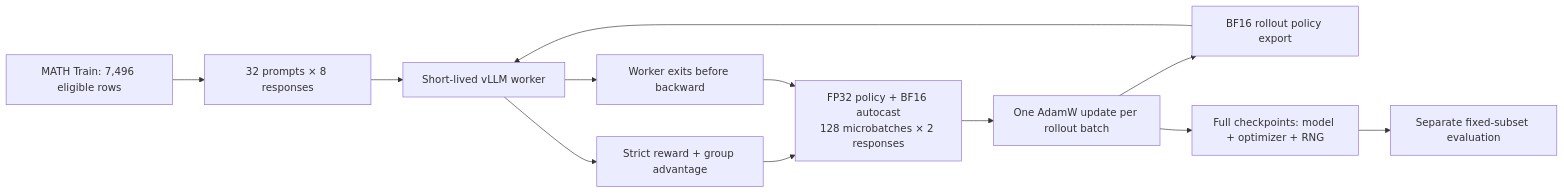
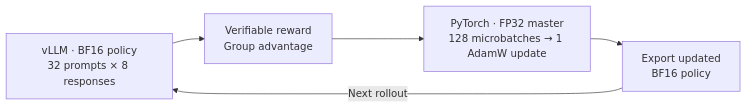
One commit to yicheng123123/Single-GPU-GRPO-Style-Post-Training-for-Mathematical-Reasoning changed the diagram in README.md. Above: the diagram before and after it, drawn with Mermaid. The commit also changed other lines of this file and 1 other file, not shown here.

````diff
--- a/README.md
+++ b/README.md
@@ -46,14 +57,7 @@
 ```mermaid
 flowchart LR
-    D["MATH Train: 7,496 eligible rows"] --> P["32 prompts × 8 responses"]
-    W["BF16 rollout policy export"] --> V["Short-lived vLLM worker"]
-    P --> V
-    V --> R["Strict reward + group advantage"]
-    V --> X["Worker exits before backward"]
-    R --> T["FP32 policy + BF16 autocast<br/>128 microbatches × 2 responses"]
-    X --> T
-    T --> U["One AdamW update per rollout batch"]
-    U --> W
-    U --> C["Full checkpoints: model + optimizer + RNG"]
-    C --> E["Separate fixed-subset evaluation"]
+    V["vLLM · BF16 policy<br/>32 prompts × 8 responses"] --> R["Verifiable reward<br/>Group advantage"]
+    R --> T["PyTorch · FP32 master<br/>128 microbatches → 1 AdamW update"]
+    T --> E["Export updated<br/>BF16 policy"]
+    E -->|Next rollout| V
 ```
````
